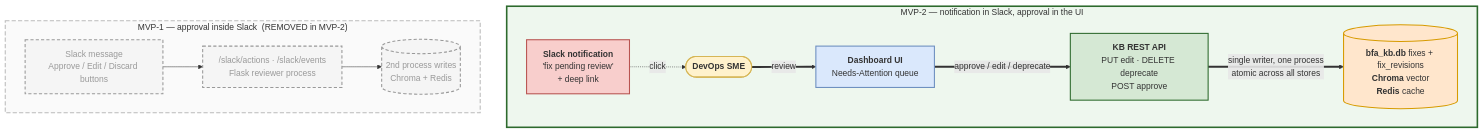
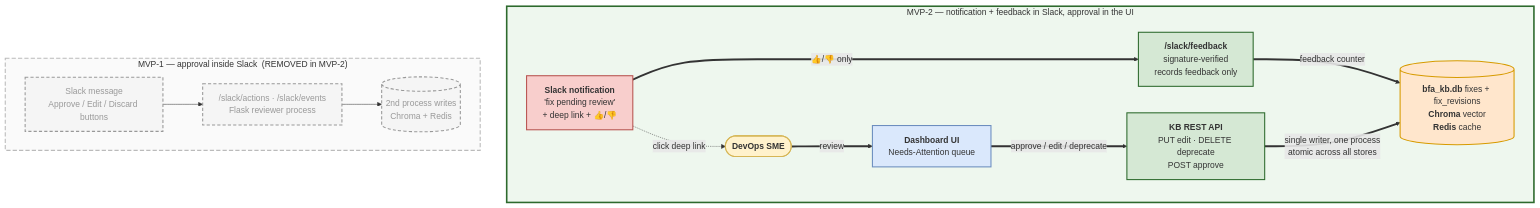
Before and after one commit to vigneshpalanivelr/extract-build-logs: the diagram in build-failure-analyzer/diagrams/mvp2_sme.mmd, drawn with Mermaid. The commit also changed 7 other files, not shown here.

First line of the commit message:
Apply confirmed decisions: Slack feedback callback, no JWT, all collections governed

```diff
--- a/build-failure-analyzer/diagrams/mvp2_sme.mmd
+++ b/build-failure-analyzer/diagrams/mvp2_sme.mmd
@@ -1,32 +1,35 @@
 flowchart LR
     classDef notify fill:#f8cecc,stroke:#b85450,stroke-width:2px
     classDef ui fill:#dae8fc,stroke:#6c8ebf,stroke-width:2px
     classDef svc fill:#d5e8d4,stroke:#2d6a2d,stroke-width:2px
     classDef store fill:#ffe6cc,stroke:#d79b00,stroke-width:2px
     classDef human fill:#fff2cc,stroke:#d6b656,stroke-width:2px
     classDef gone fill:#f5f5f5,stroke:#999,stroke-width:2px,stroke-dasharray:6 4,color:#999
 
     subgraph OLD["MVP-1 — approval inside Slack&nbsp;&nbsp;(REMOVED in MVP-2)"]
         direction LR
         O1["Slack message<br/>Approve / Edit / Discard buttons"]:::gone
         O2["/slack/actions&nbsp;·&nbsp;/slack/events<br/>Flask reviewer process"]:::gone
         O3[("2nd process writes<br/>Chroma + Redis")]:::gone
         O1 --> O2 --> O3
     end
 
-    subgraph NEW["MVP-2 — notification in Slack, approval in the UI"]
+    subgraph NEW["MVP-2 — notification + feedback in Slack, approval in the UI"]
         direction LR
         N0(["<b>DevOps SME</b>"]):::human
-        N1["<b>Slack notification</b><br/>'fix pending review'<br/>+ deep link"]:::notify
+        N1["<b>Slack notification</b><br/>'fix pending review'<br/>+ deep link + 👍/👎"]:::notify
+        NF["<b>/slack/feedback</b><br/>signature-verified<br/>records feedback only"]:::svc
         N2["<b>Dashboard UI</b><br/>Needs-Attention queue"]:::ui
         N3["<b>KB REST API</b><br/>PUT edit · DELETE deprecate<br/>POST approve"]:::svc
         N4[("<b>bfa_kb.db</b> fixes + fix_revisions<br/><b>Chroma</b> vector<br/><b>Redis</b> cache")]:::store
-        N1 -.->|"click"| N0
+        N1 -.->|"click deep link"| N0
+        N1 ==>|"👍/👎 only"| NF
+        NF ==>|"feedback counter"| N4
         N0 ==>|"review"| N2
         N2 ==>|"approve / edit / deprecate"| N3
         N3 ==>|"single writer, one process<br/>atomic across all stores"| N4
     end
 
     OLD ~~~ NEW
     style OLD fill:#fafafa,stroke:#bbb,stroke-width:2px,stroke-dasharray:8 4
     style NEW fill:#eef7ee,stroke:#2d6a2d,stroke-width:3px
```
